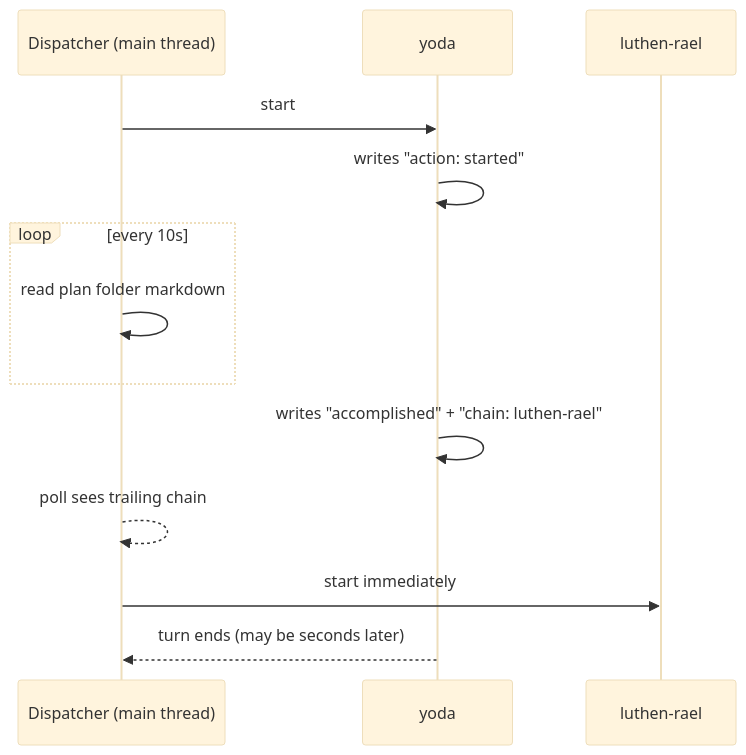
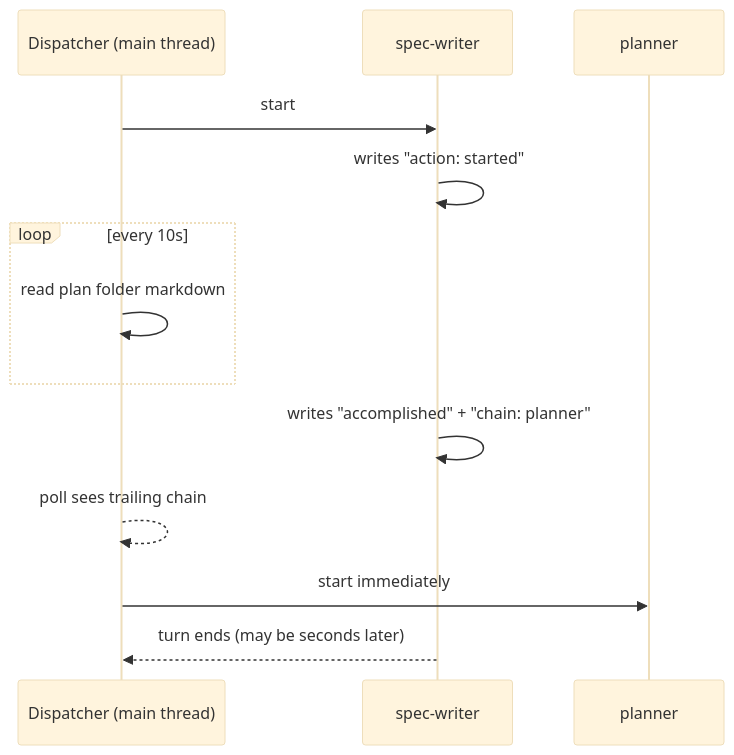
The second of 5 diagrams in docs/specs/2026-09-05-agent-ledger-and-status-bars.md (kigster/openlanes), drawn with Mermaid (base theme) before and after one commit. The commit also changed other lines of this file and 719 other files, not shown here.

````diff
--- a/docs/specs/2026-09-05-agent-ledger-and-status-bars.md
+++ b/docs/specs/2026-09-05-agent-ledger-and-status-bars.md
@@ -167,16 +167,16 @@
 ```mermaid
 sequenceDiagram
     participant D as Dispatcher (main thread)
-    participant Y as yoda
-    participant P as luthen-rael
+    participant Y as spec-writer
+    participant P as planner
 
     D->>Y: start
     Y->>Y: writes "action: started"
     loop every 10s
         D->>D: read plan folder markdown
     end
-    Y->>Y: writes "accomplished" + "chain: luthen-rael"
+    Y->>Y: writes "accomplished" + "chain: planner"
     D-->>D: poll sees trailing chain
     D->>P: start immediately
     Y-->>D: turn ends (may be seconds later)
 ```
````
